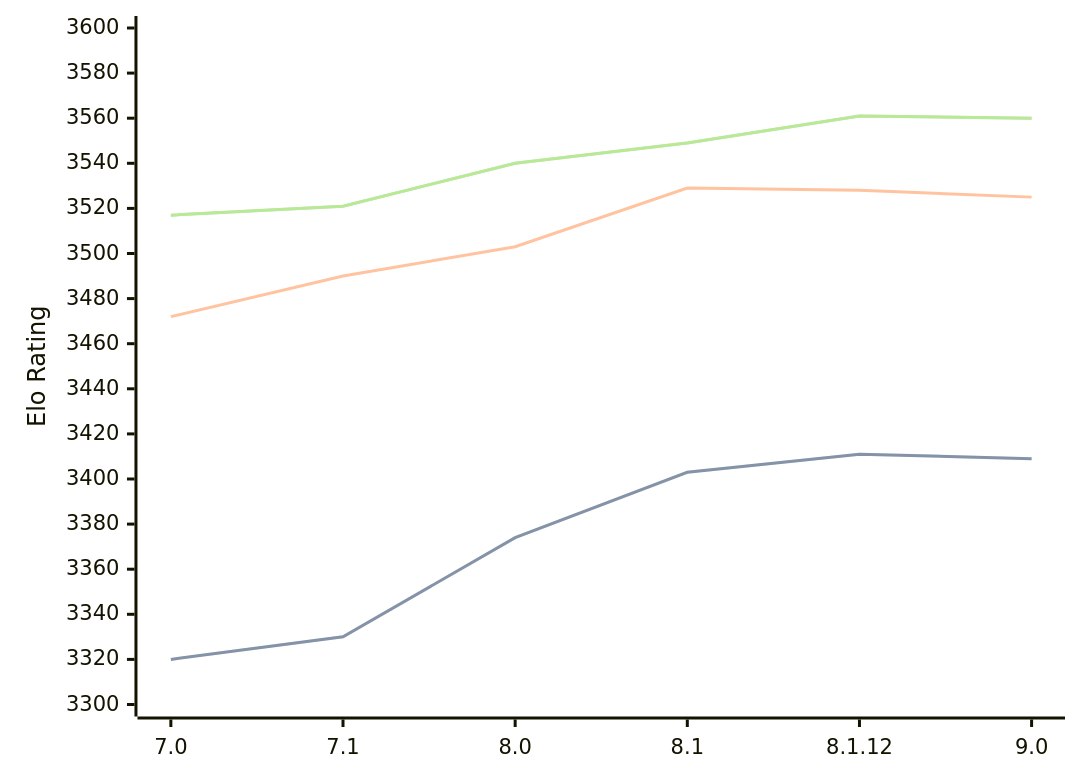
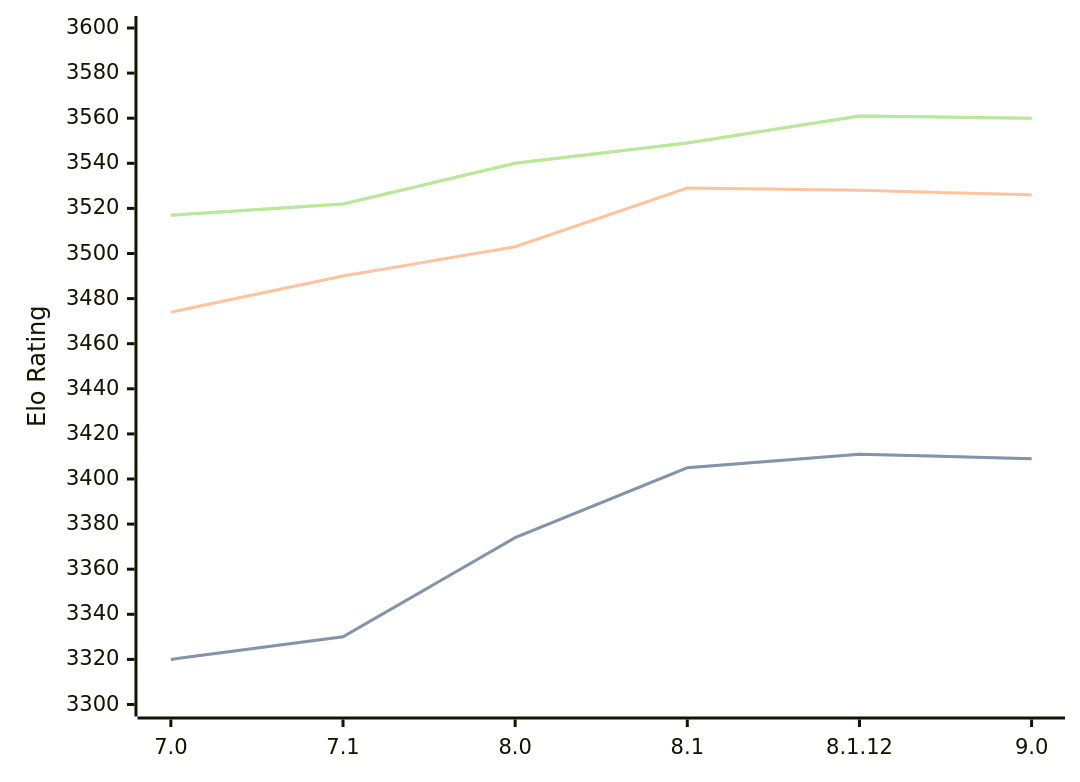
One commit to computer-chess-index/cci changed the first of 3 diagrams in engines/Alexandria.md. Above: the diagram before and after it, drawn with Mermaid. The commit also changed other lines of this file, not shown here.

Commit message:
Update CCI Ratings (ELO VLTC) - 2026-06-16

````diff
--- a/engines/Alexandria.md
+++ b/engines/Alexandria.md
@@ -55,11 +55,11 @@
 ```mermaid
 %%{init: {"theme":"base","themeVariables":{"seriesColors:['#a3a3a3','#222221','#faa371']}}}%%
 xychart-beta
   x-axis ["7.0", "7.1", "8.0", "8.1", "8.1.12", "9.0"]
   y-axis "Elo Rating" 3300 --> 3600
-  line "STC (8.0+0.08s)" [3320, 3330, 3374, 3403, 3411, 3409]
-  line "STC (8.0+0.08s)" [3320, 3330, 3374, 3403, 3411, 3409]
-  line "LTC (60.0+0.60s)" [3472, 3490, 3503, 3529, 3528, 3525]
-  line "VLTC (2m24s+1.12s)" [3517, 3521, 3540, 3549, 3561, 3560]
-  line "VLTC (2m24s+1.12s)" [3517, 3521, 3540, 3549, 3561, 3560]
+  line "STC (8.0+0.08s)" [3320, 3330, 3374, 3405, 3411, 3409]
+  line "STC (8.0+0.08s)" [3320, 3330, 3374, 3405, 3411, 3409]
+  line "LTC (60.0+0.60s)" [3474, 3490, 3503, 3529, 3528, 3526]
+  line "VLTC (2m24s+1.12s)" [3517, 3522, 3540, 3549, 3561, 3560]
+  line "VLTC (2m24s+1.12s)" [3517, 3522, 3540, 3549, 3561, 3560]
 ```
````
